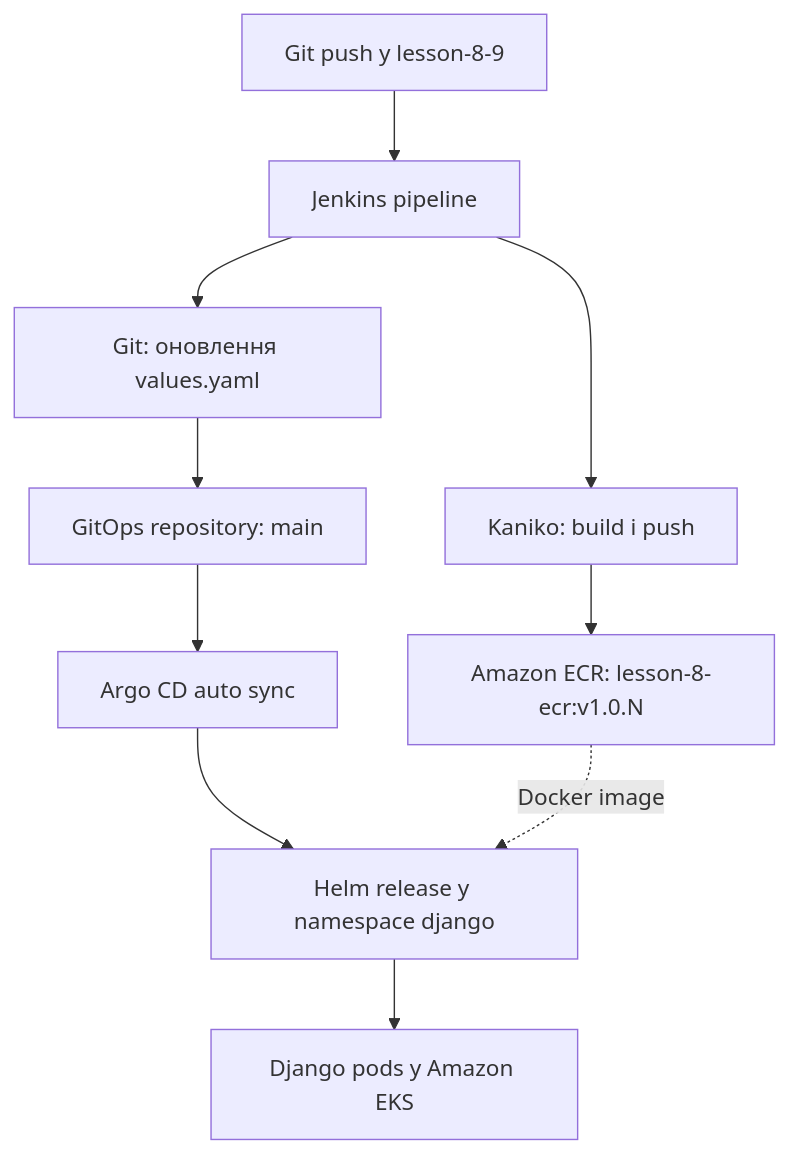
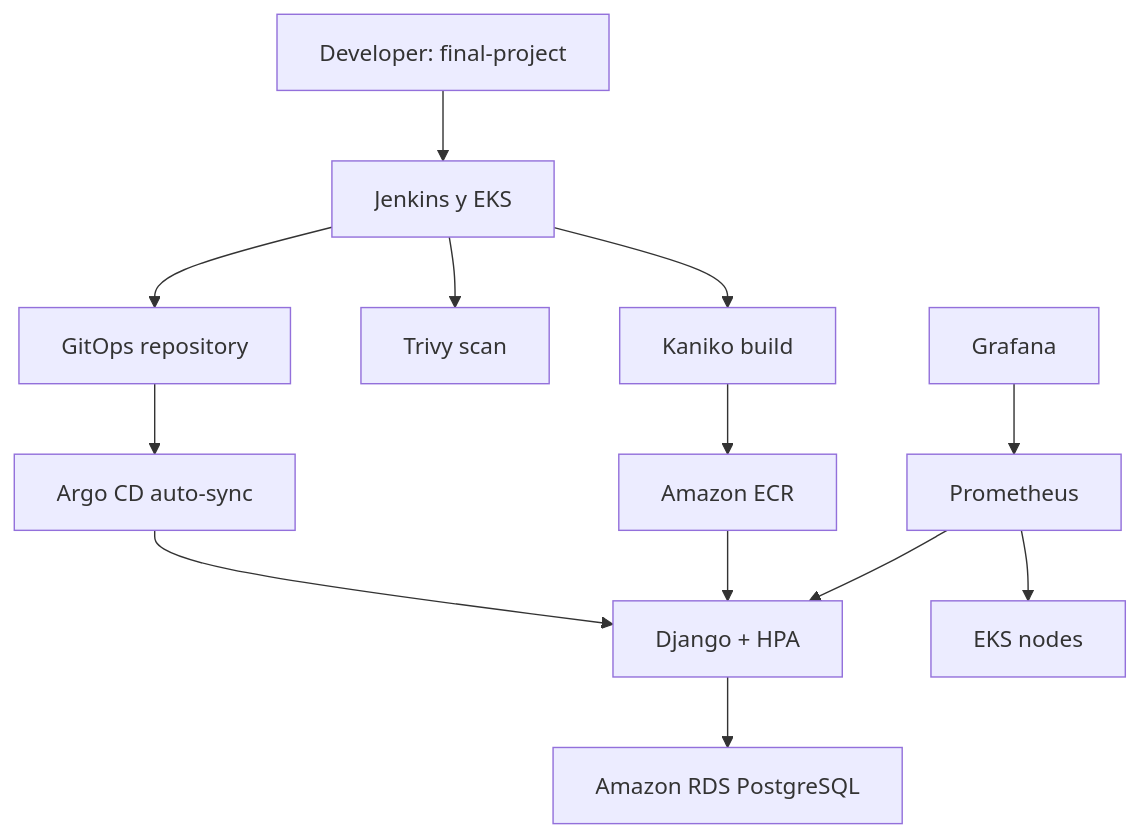
One commit to ayri77/neoversity-devops-ci-cd-lab changed the diagram in README.md. Above: the diagram before and after it, drawn with Mermaid. The commit also changed other lines of this file, not shown here.

Commit message:
Document final DevOps project

````diff
--- a/README.md
+++ b/README.md
@@ -48,12 +61,15 @@
 ```mermaid
 flowchart TD
-    A["Git push у lesson-8-9"] --> B["Jenkins pipeline"]
-    B --> C["Kaniko: build і push"]
-    C --> D["Amazon ECR: lesson-8-ecr:v1.0.N"]
-    B --> E["Git: оновлення values.yaml"]
-    E --> F["GitOps repository: main"]
-    F --> G["Argo CD auto sync"]
-    G --> H["Helm release у namespace django"]
-    D -. "Docker image" .-> H
-    H --> I["Django pods у Amazon EKS"]
+    DEV["Developer: final-project"] --> JENKINS["Jenkins у EKS"]
+    JENKINS --> KANIKO["Kaniko build"]
+    KANIKO --> ECR["Amazon ECR"]
+    JENKINS --> TRIVY["Trivy scan"]
+    JENKINS --> GITOPS["GitOps repository"]
+    GITOPS --> ARGO["Argo CD auto-sync"]
+    ARGO --> APP["Django + HPA"]
+    ECR --> APP
+    APP --> RDS["Amazon RDS PostgreSQL"]
+    PROM["Prometheus"] --> APP
+    PROM --> EKS["EKS nodes"]
+    GRAFANA["Grafana"] --> PROM
 ```
````
